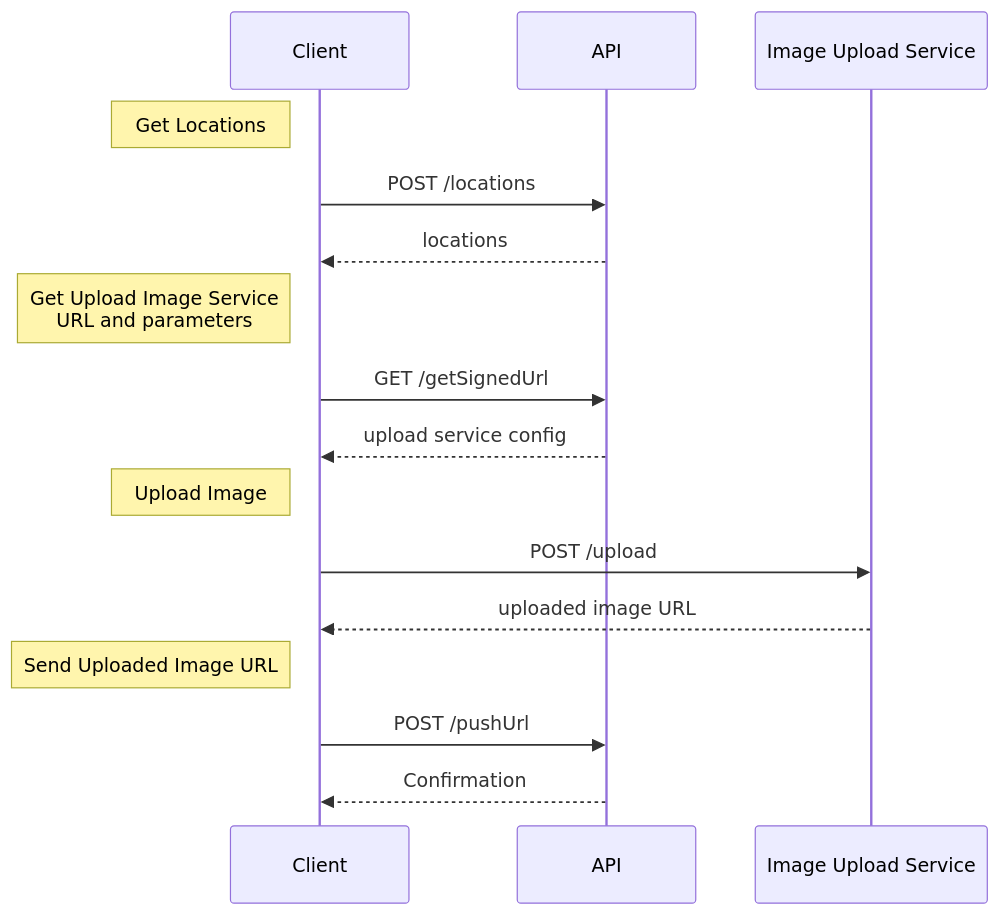
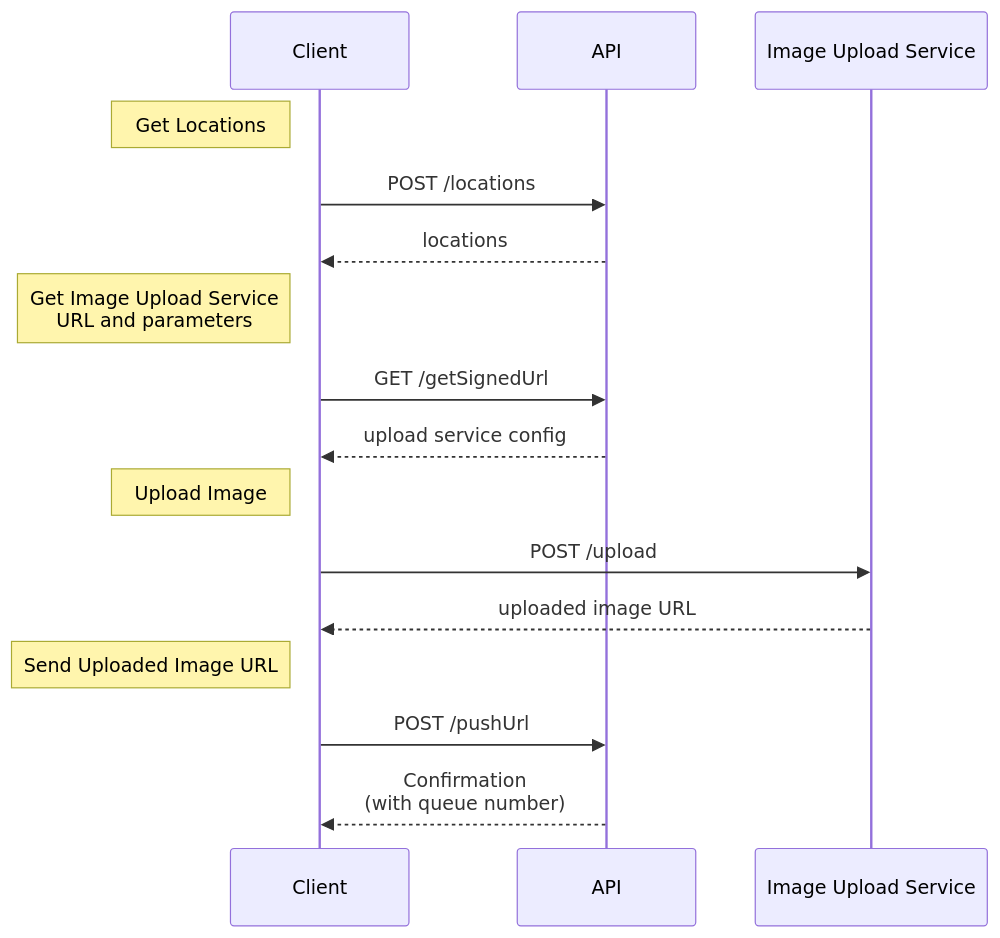
Before and after one commit to pndurette/rippler: the diagram in README.md, drawn with Mermaid.

Commit message:
Diagram typo

````diff
--- a/README.md
+++ b/README.md
@@ -22,24 +22,24 @@
 ```mermaid
 sequenceDiagram
     participant Client
     participant API
     participant Image Upload Service
 		
 		%% Locations flow
 		Note left of Client: Get Locations
 		Client->>API: POST /locations
 		API-->>Client: locations
 		
 		%% Upload image flow
-		Note left of Client: Get Upload Image Service<br/>URL and parameters
+		Note left of Client: Get Image Upload Service<br/>URL and parameters
 		Client->>API: GET /getSignedUrl
 		API-->>Client: upload service config
 		
 		Note left of Client: Upload Image
 		Client->>Image Upload Service: POST /upload
 		Image Upload Service-->>Client: uploaded image URL
 		
 		Note left of Client: Send Uploaded Image URL
 		Client->>API: POST /pushUrl
-		API-->>Client: Confirmation
+		API-->>Client: Confirmation<br/>(with queue number)
 ```
````
